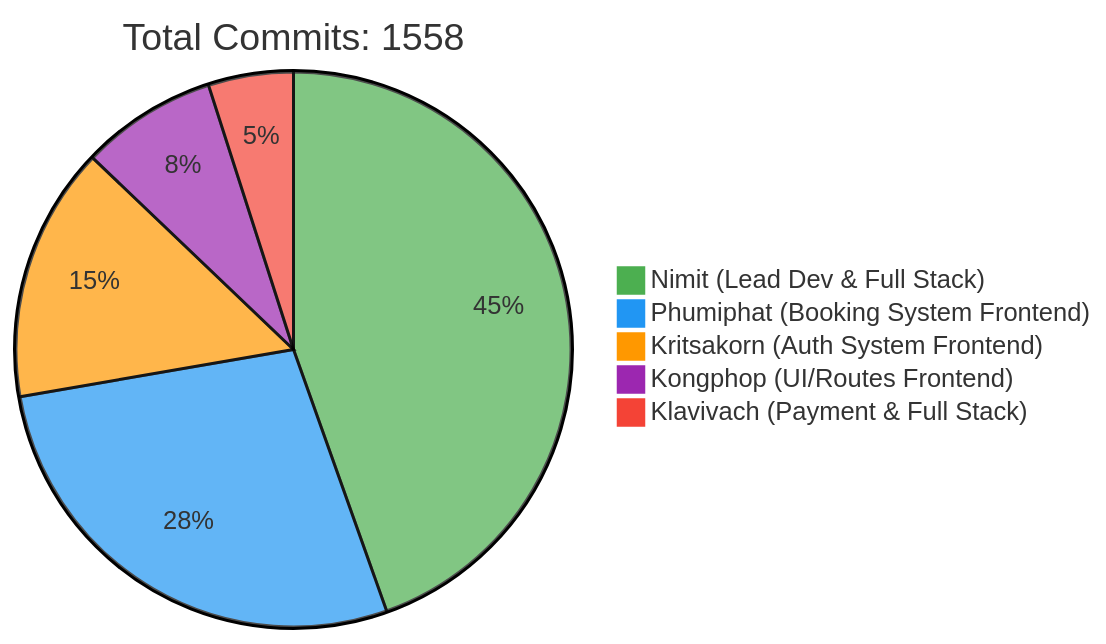
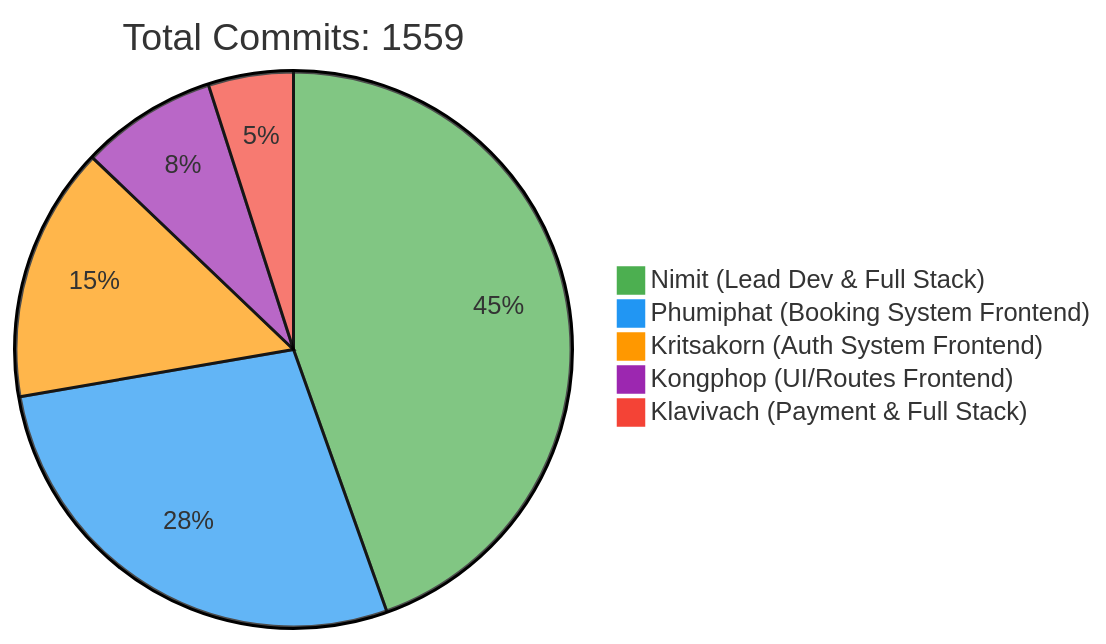
Before and after one commit to 6531503042/Sport-Complex: the first of 2 diagrams in README.md, drawn with Mermaid. The commit also changed other lines of this file, not shown here.

Commit message:
docs: Update contributor statistics [skip ci]

````diff
--- a/README.md
+++ b/README.md
@@ -257,10 +257,10 @@
 ```mermaid
 %%{init: {'theme': 'base', 'themeVariables': { 'pie1': '#4CAF50', 'pie2': '#2196F3', 'pie3': '#FF9800', 'pie4': '#9C27B0', 'pie5': '#F44336'}}}%%
 pie
-    title Total Commits: 1558
+    title Total Commits: 1559
     "Nimit (Lead Dev & Full Stack)" : 450
     "Phumiphat (Booking System Frontend)" : 280
     "Kritsakorn (Auth System Frontend)" : 150
     "Kongphop (UI/Routes Frontend)" : 80
     "Klavivach (Payment & Full Stack)" : 50
 ```
````
